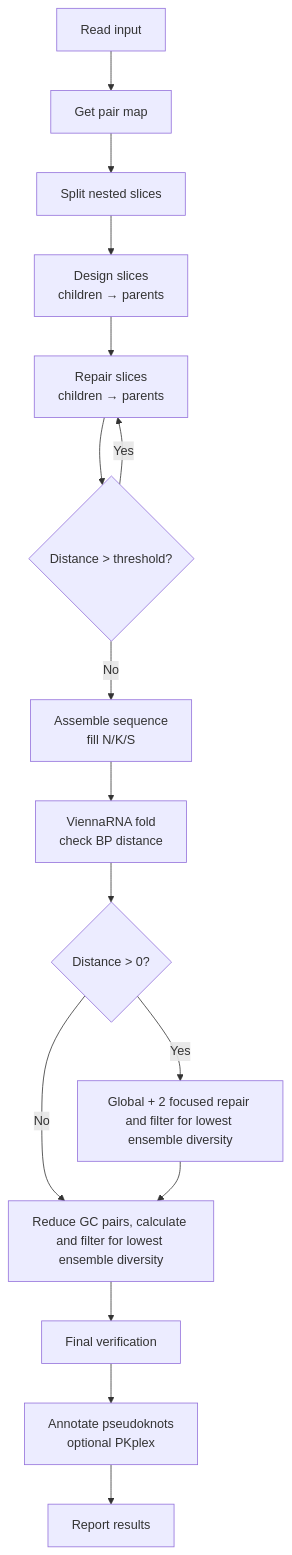
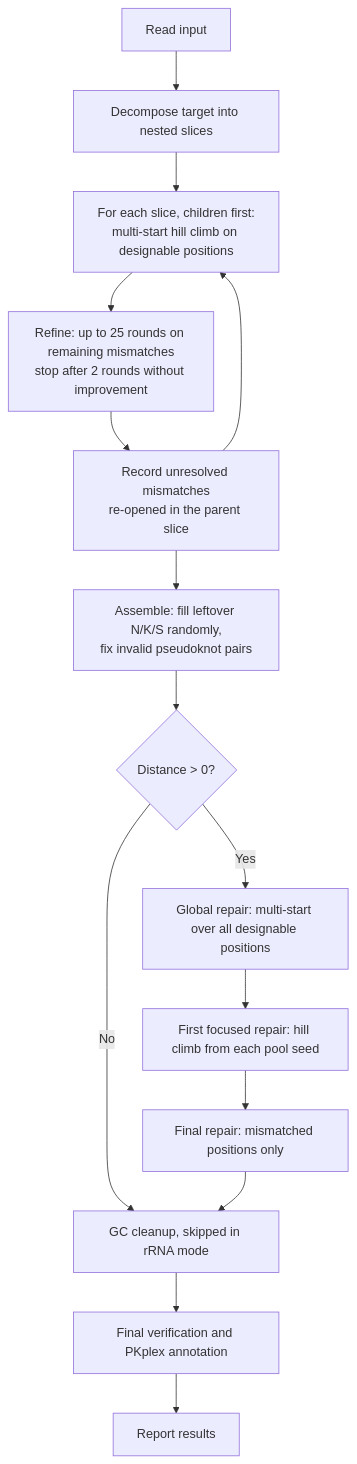
One commit to HenrikMengkrogen/AROS_iGEM_BACKUP changed the first of 2 diagrams in README.md. Above: the diagram before and after it, drawn with Mermaid. The commit also changed other lines of this file, not shown here.

````diff
--- a/README.md
+++ b/README.md
@@ -177,22 +183,17 @@
 ```mermaid
-
 flowchart TD
-    A[Read input] --> B[Get pair map]
-    B --> C[Split nested slices]
-    C --> D[Design slices<br/>children → parents]
-    D --> E[Repair slices<br/>children → parents]
-    E --> F{Distance > threshold?}
-    F --> |Yes| E
-    F --> |No| G[Assemble sequence<br/>fill N/K/S]
-    G --> H[ViennaRNA fold<br/>check BP distance]
-    H --> I{Distance > 0?}
-    I -->|Yes| J[Global + 2 focused repair and filter for lowest ensemble diversity]
-    I -->|No| K[Reduce GC pairs, calculate and filter for lowest ensemble diversity]
-    J --> K
-    K --> L[Final verification]
-
-    L --> M[Annotate pseudoknots<br/>optional PKplex]
-    M --> N[Report results]
-
-    
+    A[Read input] --> B[Decompose target into nested slices]
+    B --> C[For each slice, children first:<br/>multi-start hill climb on designable positions]
+    C --> D[Refine: up to 25 rounds on remaining mismatches<br/>stop after 2 rounds without improvement]
+    D --> E[Record unresolved mismatches<br/>re-opened in the parent slice]
+    E --> C
+    E --> F[Assemble: fill leftover N/K/S randomly,<br/>fix invalid pseudoknot pairs]
+    F --> G{Distance > 0?}
+    G -->|Yes| H[Global repair: multi-start over all designable positions]
+    H --> I[First focused repair: hill climb from each pool seed]
+    I --> J[Final repair: mismatched positions only]
+    G -->|No| K
+    J --> K[GC cleanup, skipped in rRNA mode]
+    K --> L[Final verification and PKplex annotation]
+    L --> M[Report results]
 ```
````
